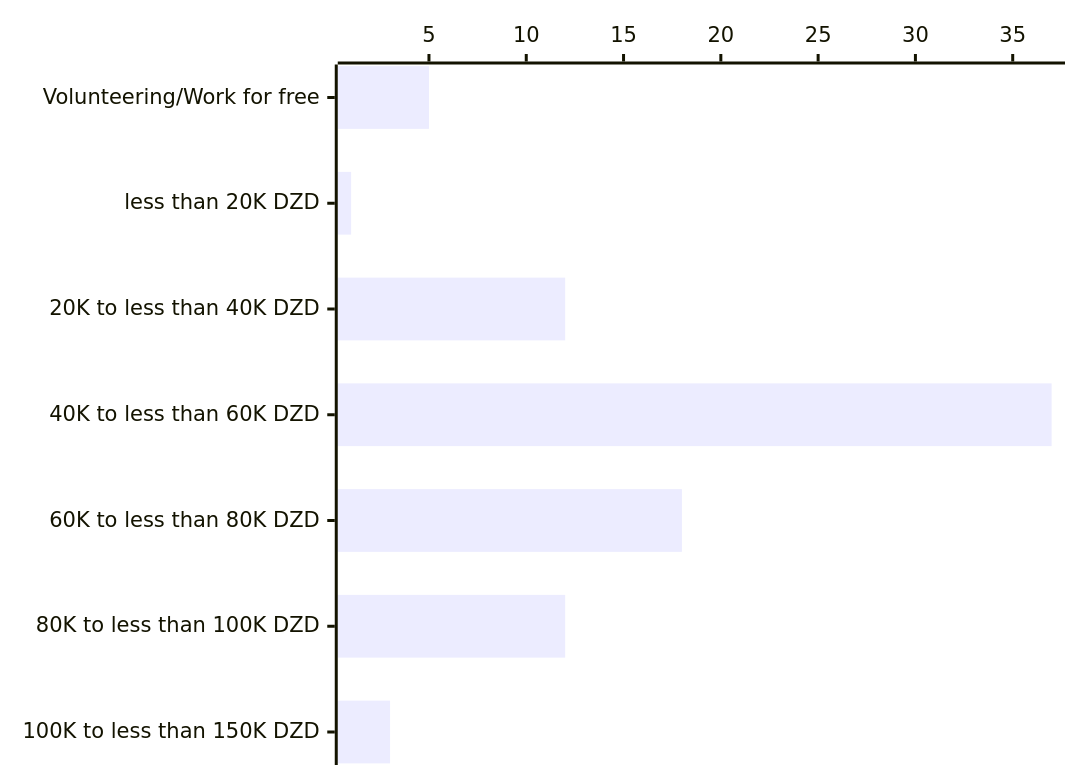
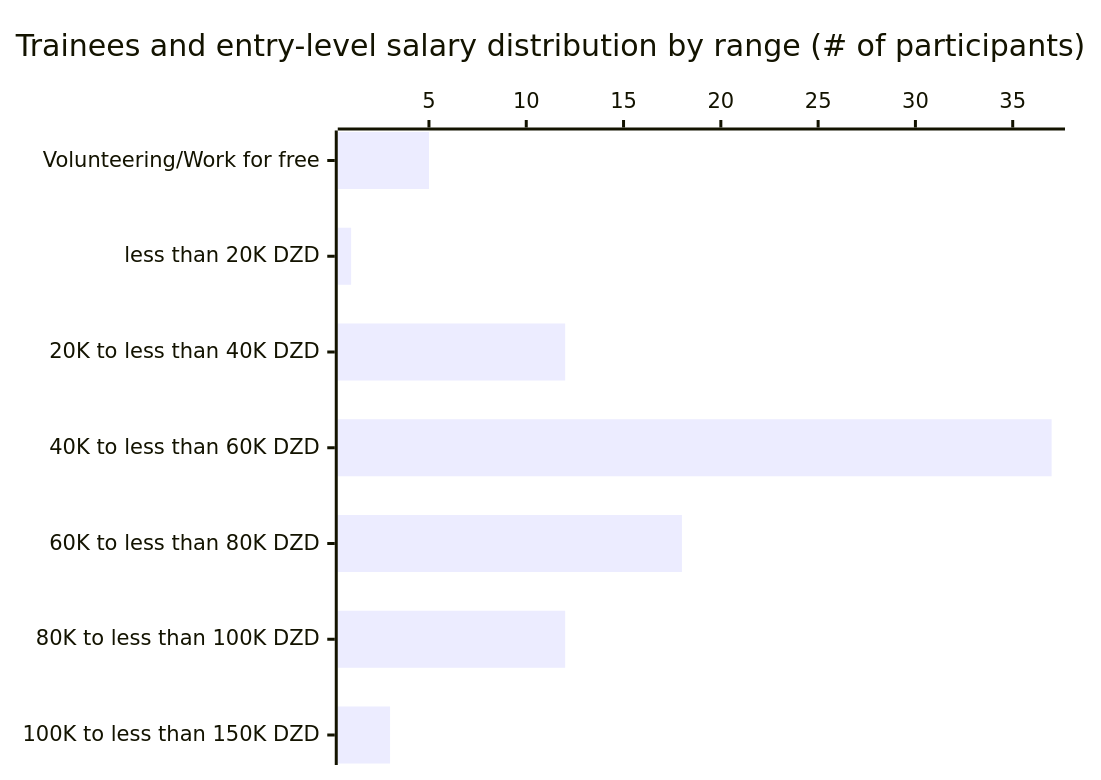
Before and after one commit to Fcmam5/state-of-dz-swe-2024: the fourth of 10 diagrams in website/docs/insights/remuneration.md, drawn with Mermaid. The commit also changed other lines of this file and 6 other files, not shown here.

````diff
--- a/website/docs/insights/remuneration.md
+++ b/website/docs/insights/remuneration.md
@@ -97,5 +97,6 @@
 ```mermaid
 xychart-beta horizontal
+  title "Trainees and entry-level salary distribution by range (# of participants)"
   x-axis ["Volunteering/Work for free","less than 20K DZD","20K to less than 40K DZD","40K to less than 60K DZD","60K to less than 80K DZD","80K to less than 100K DZD","100K to less than 150K DZD"]
   bar [5,1,12,37,18,12,3]
 ```
````
